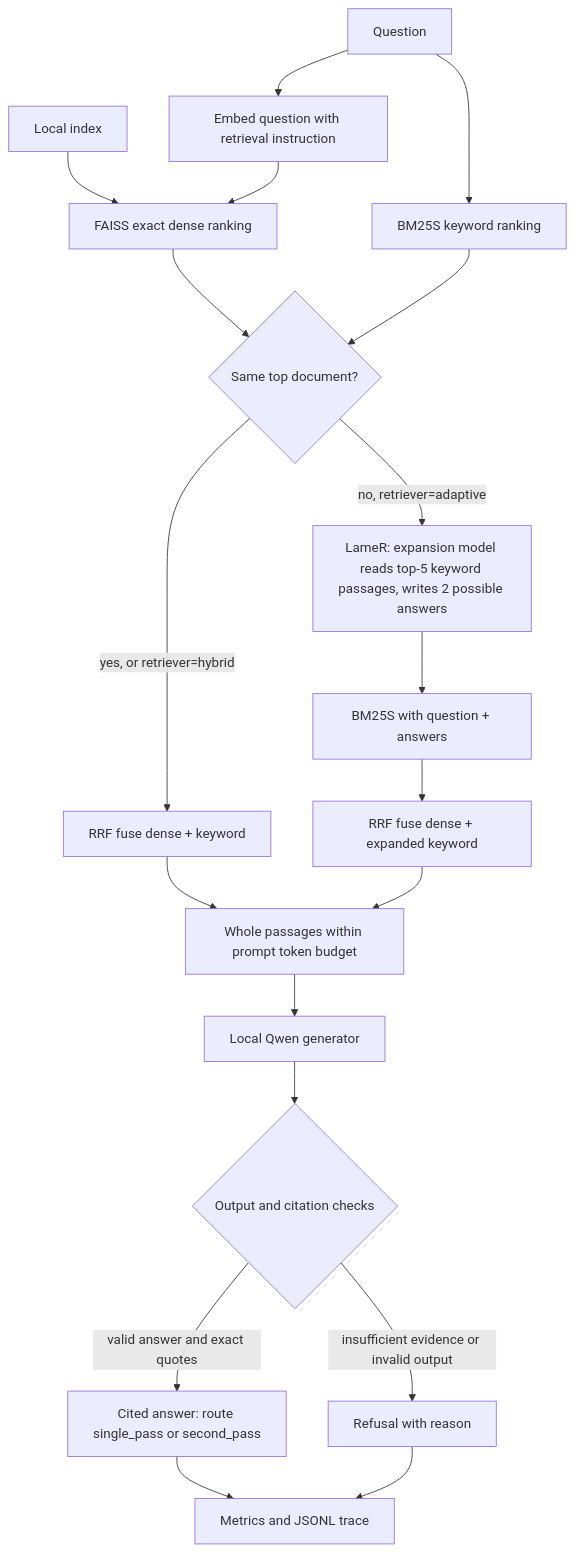
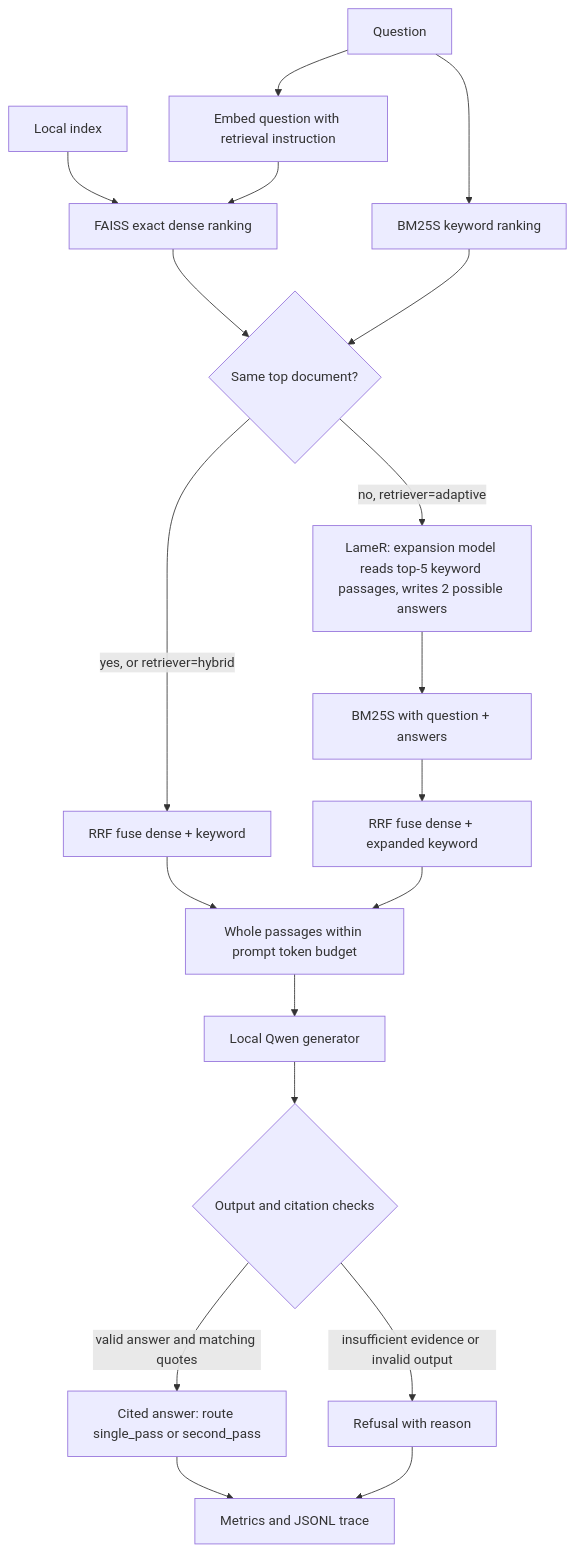
Before and after one commit to Soorya2201/adaptive-enterprise-rag: the second of 3 diagrams in docs/ARCHITECTURE.md, drawn with Mermaid. The commit also changed other lines of this file and 33 other files, not shown here.

````diff
--- a/docs/ARCHITECTURE.md
+++ b/docs/ARCHITECTURE.md
@@ -76,21 +87,21 @@
 ```mermaid
 flowchart TD
     Q[Question] --> E[Embed question with retrieval instruction]
     Q --> K[BM25S keyword ranking]
     I[Local index] --> D[FAISS exact dense ranking]
     E --> D
     D --> G{Same top document?}
     K --> G
     G -->|yes, or retriever=hybrid| F[RRF fuse dense + keyword]
     G -->|no, retriever=adaptive| X[LameR: expansion model reads top-5 keyword passages, writes 2 possible answers]
     X --> K2[BM25S with question + answers]
     K2 --> F2[RRF fuse dense + expanded keyword]
     F --> P[Whole passages within prompt token budget]
     F2 --> P
     P --> L[Local Qwen generator]
     L --> A{Output and citation checks}
-    A -->|valid answer and exact quotes| Y[Cited answer: route single_pass or second_pass]
+    A -->|valid answer and matching quotes| Y[Cited answer: route single_pass or second_pass]
     A -->|insufficient evidence or invalid output| N[Refusal with reason]
     Y --> T[Metrics and JSONL trace]
     N --> T
 ```
````
